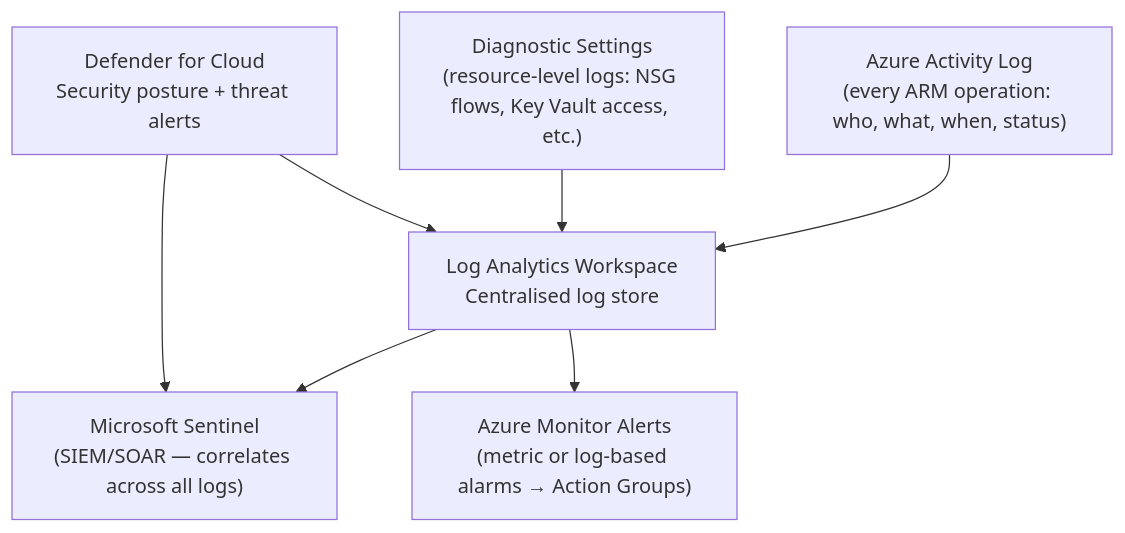
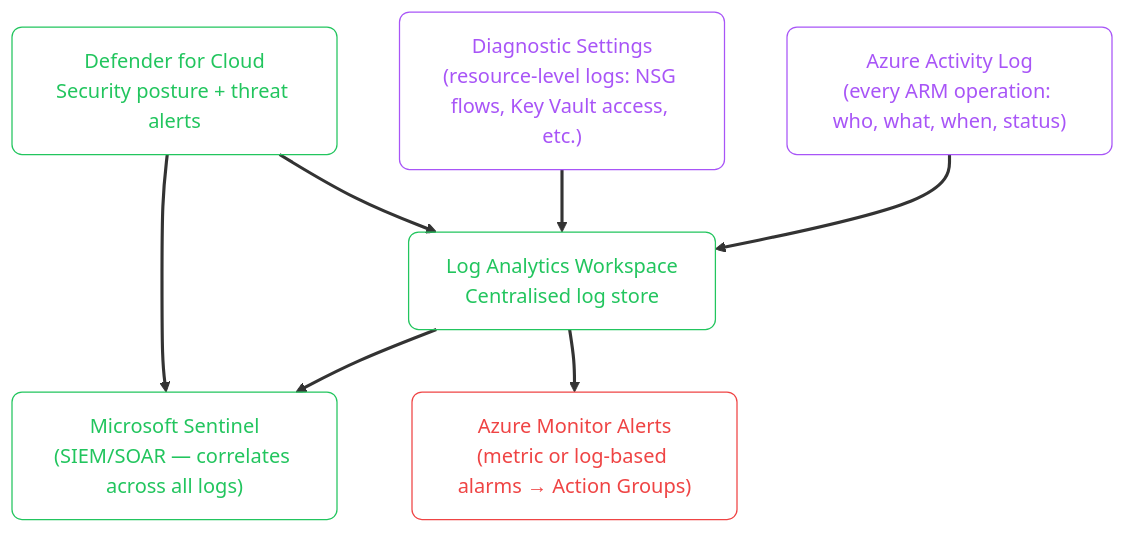
The seventh of 7 diagrams in src/content/cloud/azure/03-securing-your-system.mdx (zafarale/cloudification), drawn with Mermaid before and after one commit. The commit also changed other lines of this file and 84 other files, not shown here.

````diff
--- a/src/content/cloud/azure/03-securing-your-system.mdx
+++ b/src/content/cloud/azure/03-securing-your-system.mdx
@@ -258,14 +300,21 @@
 ```mermaid
 flowchart TD
-    EVENTS["Azure Activity Log\n(every ARM operation: who, what, when, status)"]
-    DIAG["Diagnostic Settings\n(resource-level logs: NSG flows, Key Vault access, etc.)"]
-    LAW["Log Analytics Workspace\nCentralised log store"]
-    SENTINEL["Microsoft Sentinel\n(SIEM/SOAR — correlates across all logs)"]
-    DEFENDER["Defender for Cloud\nSecurity posture + threat alerts"]
-    ALERTS["Azure Monitor Alerts\n(metric or log-based alarms → Action Groups)"]
+    accTitle: Azure Monitor + Defender for Cloud: Traceability
+    accDescr: Flowchart (td) showing every ARM operation: who, what, when, status, resource-level logs: NSG flows, Key Vault access, etc., Log Analytics Workspace Centralised log store
+    classDef step fill:none,stroke:#a855f7,color:#a855f7,rx:8,ry:8
+    classDef ok   fill:none,stroke:#22c55e,color:#22c55e,rx:8,ry:8
+    classDef fail fill:none,stroke:#ef4444,color:#ef4444,rx:8,ry:8
+    linkStyle default stroke-width:2.5px
+
+    EVENTS["Azure Activity Log<br/>(every ARM operation: who, what, when, status)"]:::step
+    DIAG["Diagnostic Settings<br/>(resource-level logs: NSG flows, Key Vault access, etc.)"]:::step
+    LAW["Log Analytics Workspace<br/>Centralised log store"]:::ok
+    SENTINEL["Microsoft Sentinel<br/>(SIEM/SOAR — correlates across all logs)"]:::ok
+    DEFENDER["Defender for Cloud<br/>Security posture + threat alerts"]:::ok
+    ALERTS["Azure Monitor Alerts<br/>(metric or log-based alarms → Action Groups)"]:::fail
 
     EVENTS --> LAW
     DIAG --> LAW
     LAW --> SENTINEL & ALERTS
     DEFENDER --> LAW & SENTINEL
 ```
````
